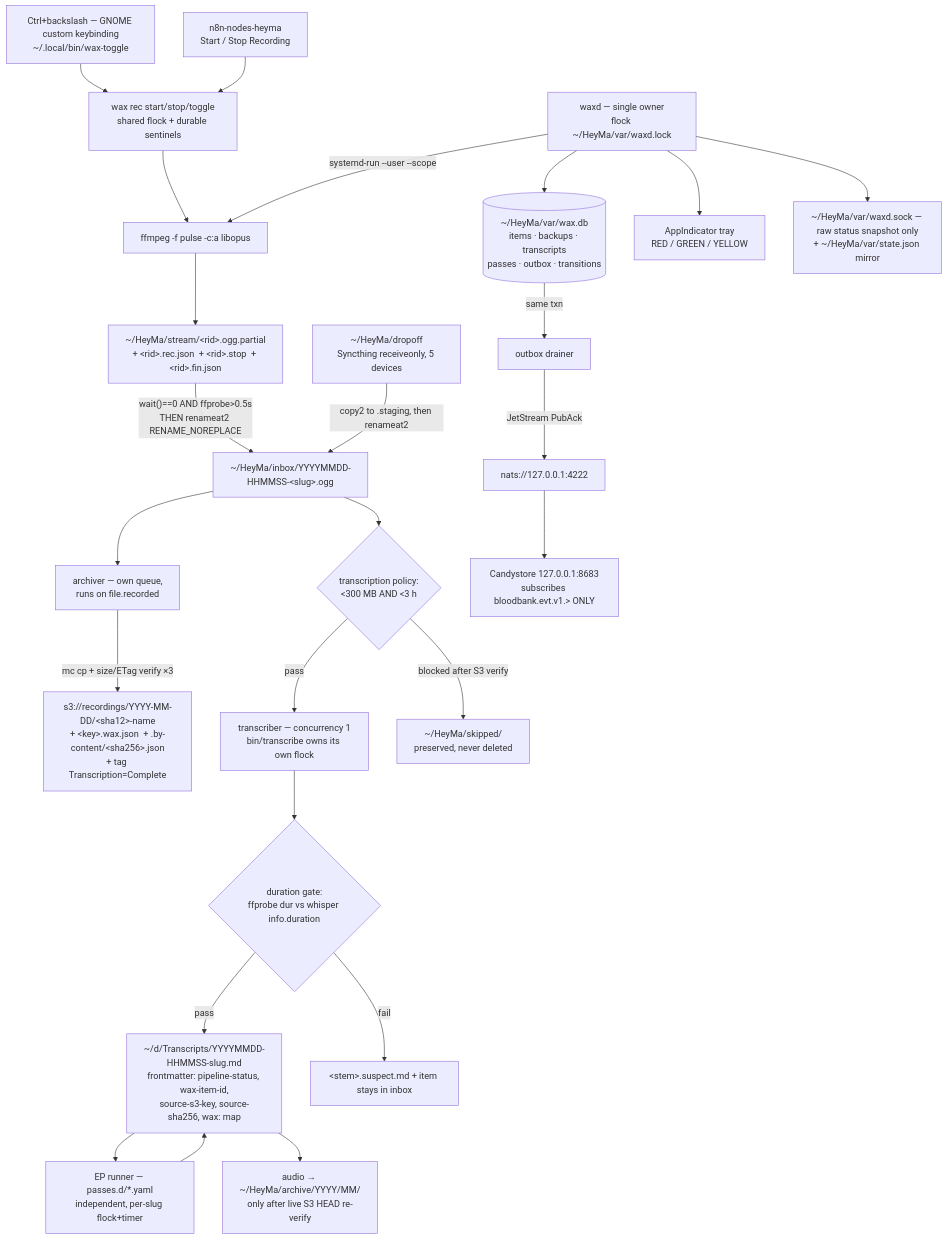
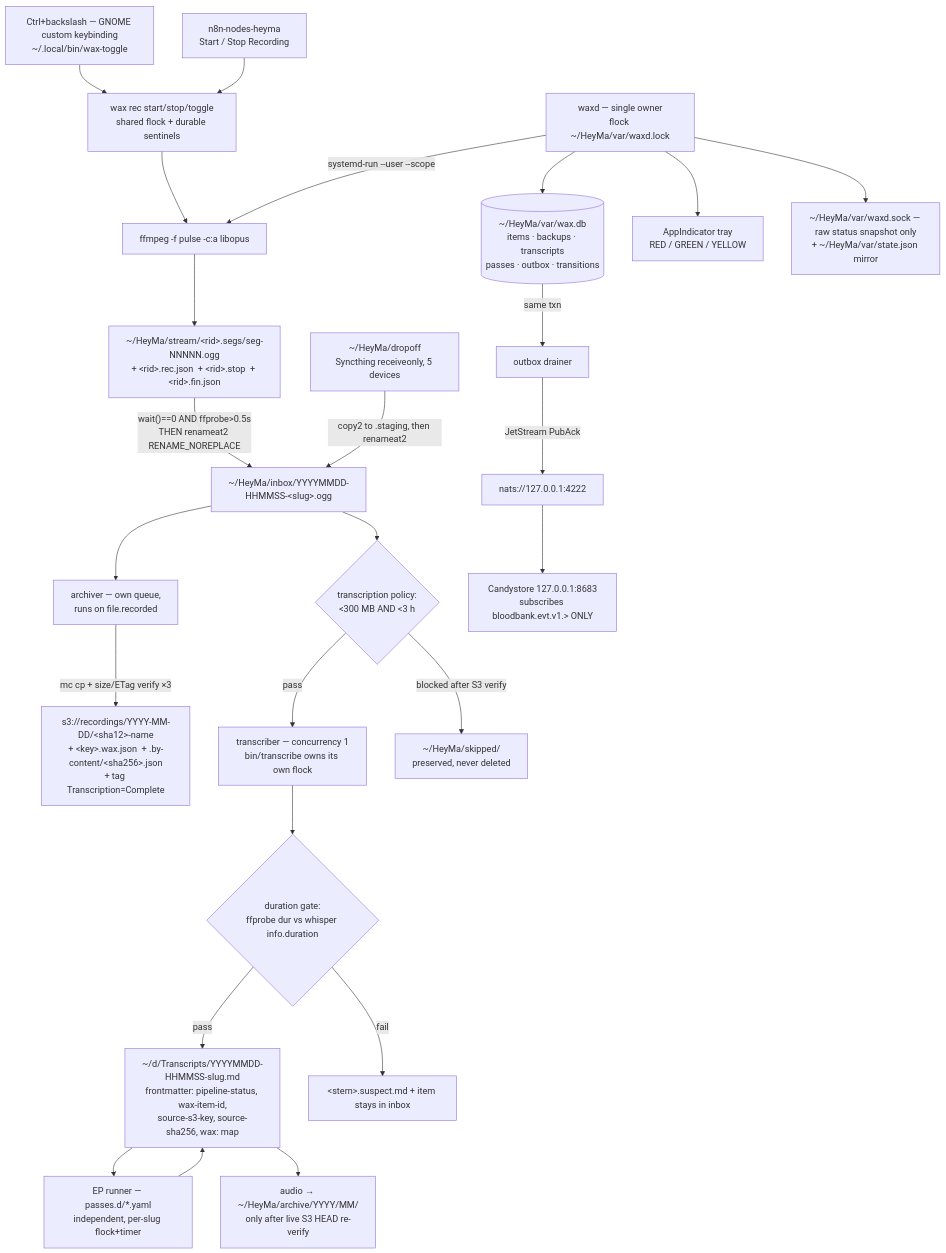
One commit to delorenj/HeyMa changed the first of 3 diagrams in components/wax/docs/WAX-DESIGN.md. Above: the diagram before and after it, drawn with Mermaid. The commit also changed other lines of this file and 8 other files, not shown here.

````diff
--- a/components/wax/docs/WAX-DESIGN.md
+++ b/components/wax/docs/WAX-DESIGN.md
@@ -28,32 +28,32 @@
 ```mermaid
 flowchart TB
   HK["Ctrl+backslash — GNOME custom keybinding<br/>~/.local/bin/wax-toggle"] --> CLI
   N8N["n8n-nodes-heyma<br/>Start / Stop Recording"] --> CLI
   CLI["wax rec start/stop/toggle<br/>shared flock + durable sentinels"] --> FF
 
   D["waxd — single owner<br/>flock ~/HeyMa/var/waxd.lock"]
   D -->|systemd-run --user --scope| FF["ffmpeg -f pulse -c:a libopus"]
-  FF --> P["~/HeyMa/stream/&lt;rid&gt;.ogg.partial<br/>+ &lt;rid&gt;.rec.json  + &lt;rid&gt;.stop  + &lt;rid&gt;.fin.json"]
+  FF --> P["~/HeyMa/stream/&lt;rid&gt;.segs/seg-NNNNN.ogg<br/>+ &lt;rid&gt;.rec.json  + &lt;rid&gt;.stop  + &lt;rid&gt;.fin.json"]
   P -->|"wait()==0 AND ffprobe&gt;0.5s<br/>THEN renameat2 RENAME_NOREPLACE"| IN["~/HeyMa/inbox/YYYYMMDD-HHMMSS-&lt;slug&gt;.ogg"]
 
   DROP["~/HeyMa/dropoff<br/>Syncthing receiveonly, 5 devices"] -->|copy2 to .staging, then renameat2| IN
 
   IN --> ARCH["archiver — own queue,<br/>runs on file.recorded"]
   ARCH -->|"mc cp + size/ETag verify ×3"| S3["s3://recordings/YYYY-MM-DD/&lt;sha12&gt;-name<br/>+ &lt;key&gt;.wax.json  + .by-content/&lt;sha256&gt;.json<br/>+ tag Transcription=Complete"]
   IN --> POLICY{"transcription policy:<br/>&lt;300 MB AND &lt;3 h"}
   POLICY -->|pass| TR["transcriber — concurrency 1<br/>bin/transcribe owns its own flock"]
   POLICY -->|blocked after S3 verify| SKIP["~/HeyMa/skipped/<br/>preserved, never deleted"]
   TR --> GATE{"duration gate:<br/>ffprobe dur vs whisper info.duration"}
   GATE -->|pass| MD["~/d/Transcripts/YYYYMMDD-HHMMSS-slug.md<br/>frontmatter: pipeline-status, wax-item-id,<br/>source-s3-key, source-sha256, wax: map"]
   GATE -->|fail| SUS["&lt;stem&gt;.suspect.md + item stays in inbox"]
   MD --> EP["EP runner — passes.d/*.yaml<br/>independent, per-slug flock+timer"]
   EP --> MD
   MD --> ARCHIVE["audio → ~/HeyMa/archive/YYYY/MM/<br/>only after live S3 HEAD re-verify"]
 
   D --> LED[("~/HeyMa/var/wax.db<br/>items · backups · transcripts<br/>passes · outbox · transitions")]
   LED -->|same txn| OUT["outbox drainer"]
   OUT -->|JetStream PubAck| NATS["nats://127.0.0.1:4222"]
   NATS --> CS["Candystore 127.0.0.1:8683<br/>subscribes bloodbank.evt.v1.&gt; ONLY"]
   D --> TRAY["AppIndicator tray<br/>RED / GREEN / YELLOW"]
   D --> SOCK["~/HeyMa/var/waxd.sock — raw status snapshot only<br/>+ ~/HeyMa/var/state.json mirror"]
 ```
````
